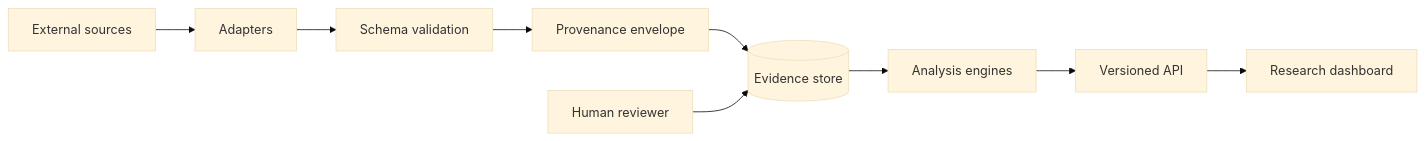
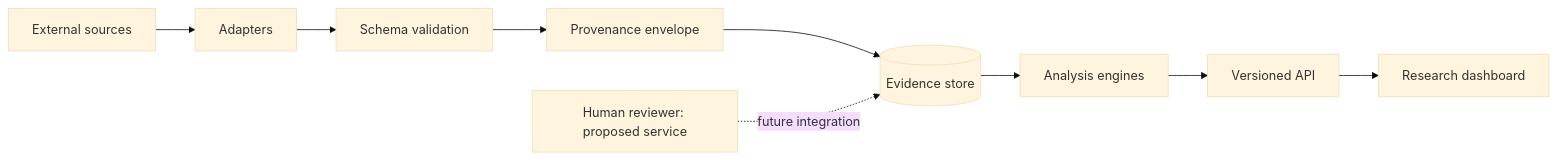
One commit to Ciprian-LocalPulse/OpenLongevityLab changed the diagram in docs/academic/01-system-architecture.md. Above: the diagram before and after it, drawn with Mermaid (base theme). The commit also changed other lines of this file and 85 other files, not shown here.

````diff
--- a/docs/academic/01-system-architecture.md
+++ b/docs/academic/01-system-architecture.md
@@ -7,11 +49,11 @@
 ```mermaid
 flowchart LR
   EXT[External sources] --> AD[Adapters]
   AD --> VAL[Schema validation]
   VAL --> PROV[Provenance envelope]
   PROV --> DB[(Evidence store)]
   DB --> ENG[Analysis engines]
   ENG --> API[Versioned API]
   API --> UI[Research dashboard]
-  REV[Human reviewer] --> DB
+  REV[Human reviewer: proposed service] -. future integration .-> DB
 ```
````
